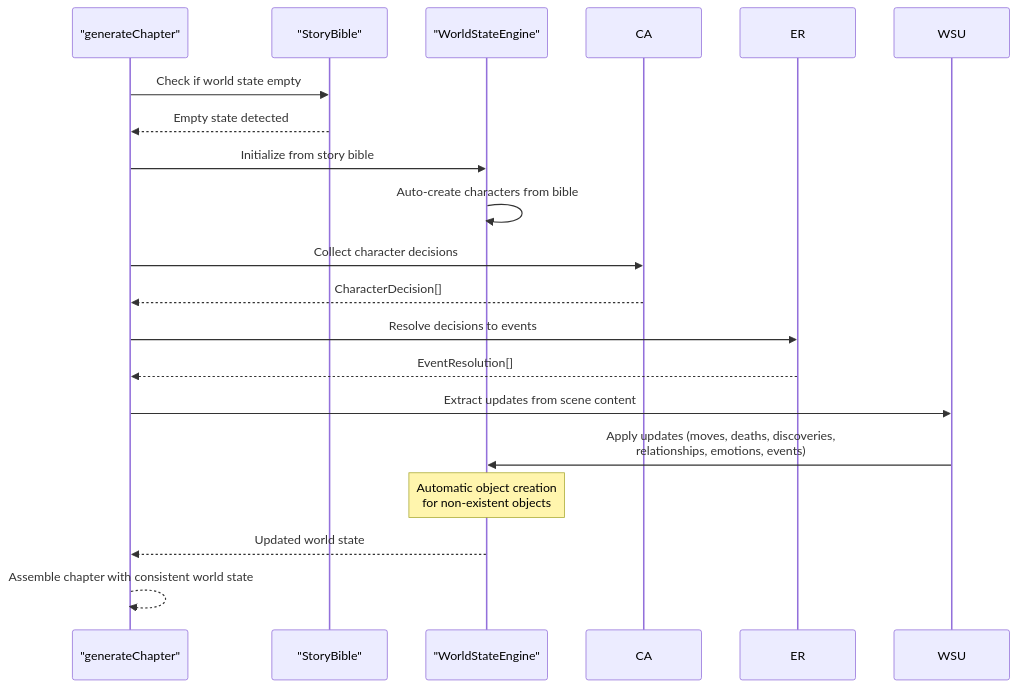
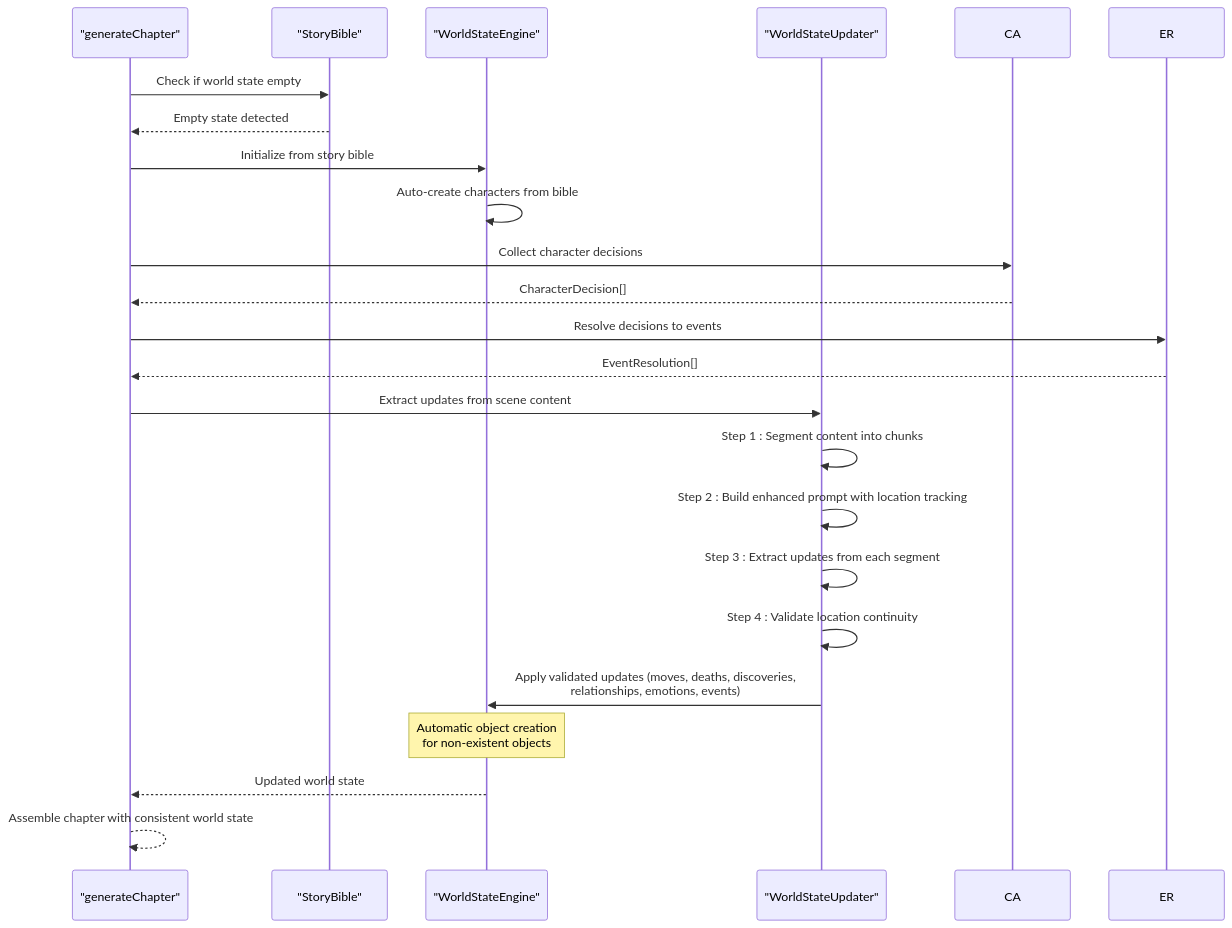
The second of 9 diagrams in .qoder/repowiki/en/content/Engine Architecture/World State Engine.md (liwonder/NARRITIVE_OS), drawn with Mermaid before and after one commit. The commit also changed other lines of this file and 7 other files, not shown here.

````diff
--- a/.qoder/repowiki/en/content/Engine Architecture/World State Engine.md
+++ b/.qoder/repowiki/en/content/Engine Architecture/World State Engine.md
@@ -119,19 +123,24 @@
 ```mermaid
 sequenceDiagram
 participant GC as "generateChapter"
 participant BIBLE as "StoryBible"
 participant WSE as "WorldStateEngine"
+participant WSU as "WorldStateUpdater"
 GC->>BIBLE : Check if world state empty
 BIBLE-->>GC : Empty state detected
 GC->>WSE : Initialize from story bible
 WSE->>WSE : Auto-create characters from bible
 GC->>CA : Collect character decisions
 CA-->>GC : CharacterDecision[]
 GC->>ER : Resolve decisions to events
 ER-->>GC : EventResolution[]
 GC->>WSU : Extract updates from scene content
-WSU->>WSE : Apply updates (moves, deaths, discoveries,<br/>relationships, emotions, events)
+WSU->>WSU : Step 1 : Segment content into chunks
+WSU->>WSU : Step 2 : Build enhanced prompt with location tracking
+WSU->>WSU : Step 3 : Extract updates from each segment
+WSU->>WSU : Step 4 : Validate location continuity
+WSU->>WSE : Apply validated updates (moves, deaths, discoveries,<br/>relationships, emotions, events)
 Note over WSE : Automatic object creation<br/>for non-existent objects
 WSE-->>GC : Updated world state
 GC-->>GC : Assemble chapter with consistent world state
 ```
````
